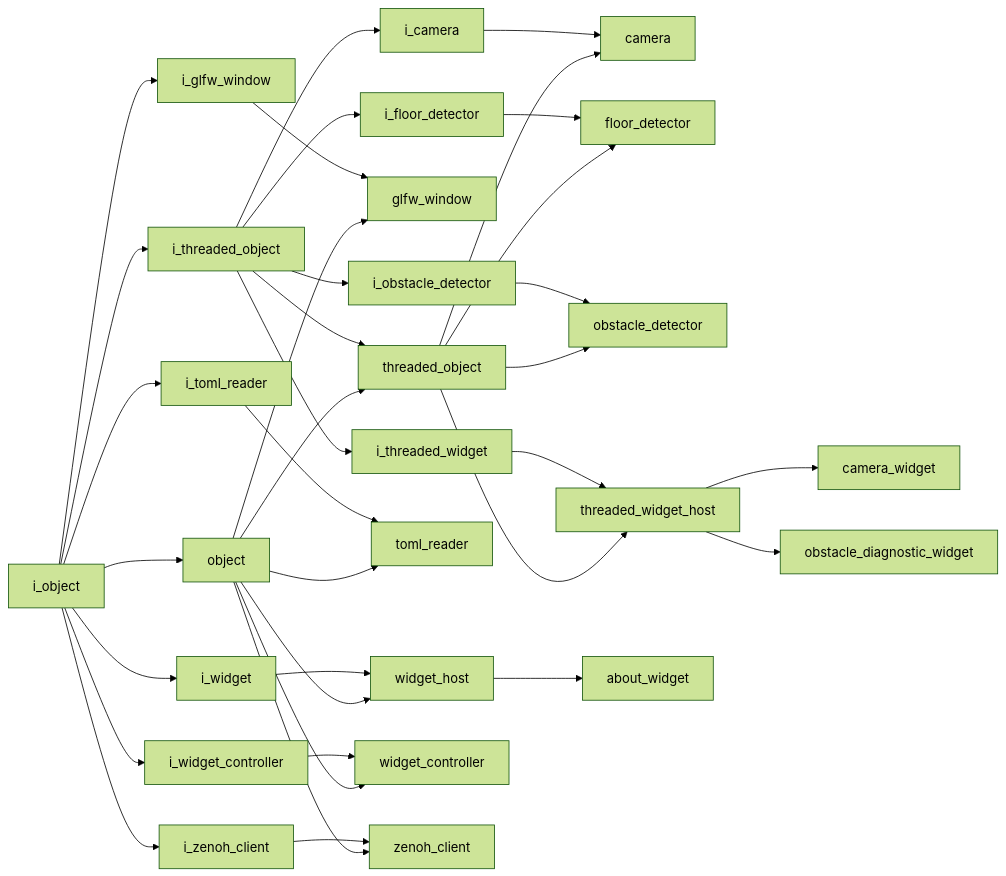
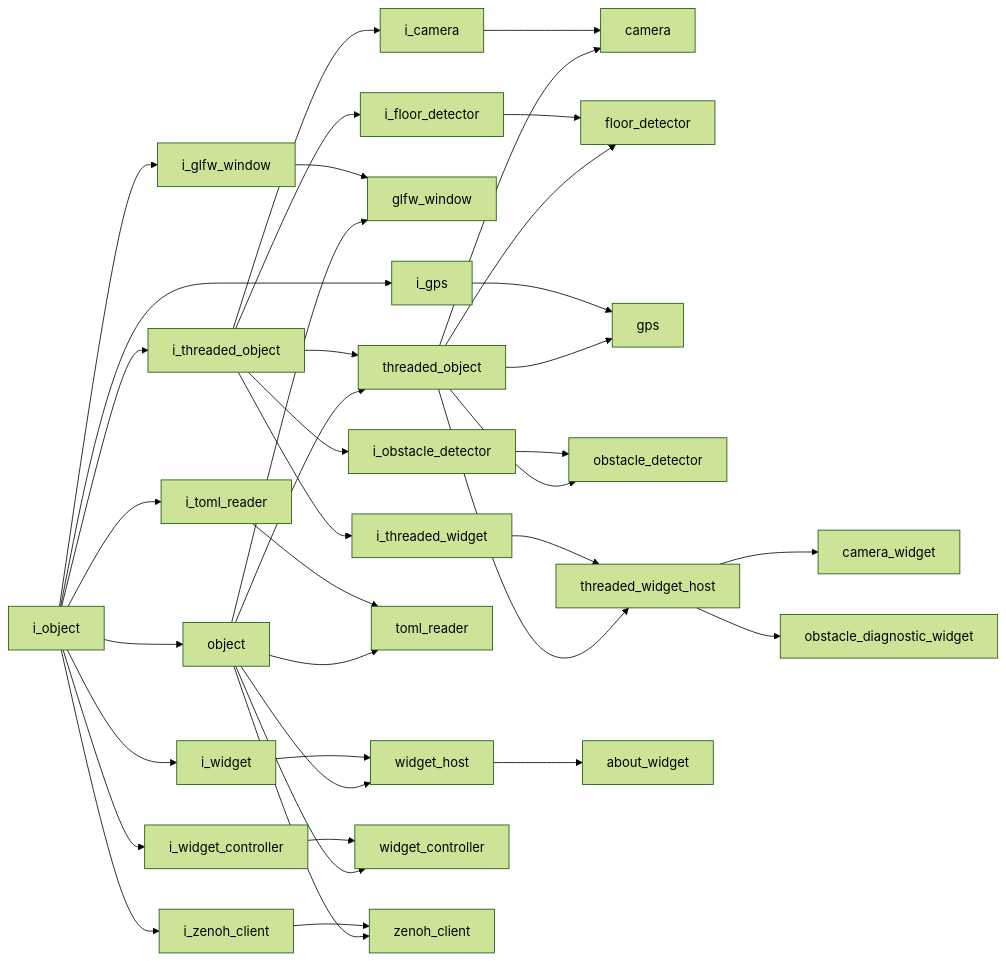
The diagram in docs/codebase/namespaces/index.md (kasper-szczerba/acs_wiki), drawn with Mermaid (forest theme) before and after one commit. The commit also changed 12 other files, not shown here.

````diff
--- a/docs/codebase/namespaces/index.md
+++ b/docs/codebase/namespaces/index.md
@@ -15,37 +15,40 @@
 ```mermaid
 graph LR
     i_camera["i_camera"] --> camera["camera"]
     i_floor_detector["i_floor_detector"] --> floor_detector["floor_detector"]
     i_glfw_window["i_glfw_window"] --> glfw_window["glfw_window"]
+    i_gps["i_gps"] --> gps["gps"]
     i_object["i_object"] --> i_glfw_window["i_glfw_window"]
+    i_object["i_object"] --> i_gps["i_gps"]
     i_object["i_object"] --> i_threaded_object["i_threaded_object"]
     i_object["i_object"] --> i_toml_reader["i_toml_reader"]
     i_object["i_object"] --> i_widget["i_widget"]
     i_object["i_object"] --> i_widget_controller["i_widget_controller"]
     i_object["i_object"] --> i_zenoh_client["i_zenoh_client"]
     i_object["i_object"] --> object["object"]
     i_obstacle_detector["i_obstacle_detector"] --> obstacle_detector["obstacle_detector"]
     i_threaded_object["i_threaded_object"] --> i_camera["i_camera"]
     i_threaded_object["i_threaded_object"] --> i_floor_detector["i_floor_detector"]
     i_threaded_object["i_threaded_object"] --> i_obstacle_detector["i_obstacle_detector"]
     i_threaded_object["i_threaded_object"] --> i_threaded_widget["i_threaded_widget"]
     i_threaded_object["i_threaded_object"] --> threaded_object["threaded_object"]
     i_threaded_widget["i_threaded_widget"] --> threaded_widget_host["threaded_widget_host"]
     i_toml_reader["i_toml_reader"] --> toml_reader["toml_reader"]
     i_widget["i_widget"] --> widget_host["widget_host"]
     i_widget_controller["i_widget_controller"] --> widget_controller["widget_controller"]
     i_zenoh_client["i_zenoh_client"] --> zenoh_client["zenoh_client"]
     object["object"] --> glfw_window["glfw_window"]
     object["object"] --> threaded_object["threaded_object"]
     object["object"] --> toml_reader["toml_reader"]
     object["object"] --> widget_controller["widget_controller"]
     object["object"] --> widget_host["widget_host"]
     object["object"] --> zenoh_client["zenoh_client"]
     threaded_object["threaded_object"] --> camera["camera"]
     threaded_object["threaded_object"] --> floor_detector["floor_detector"]
+    threaded_object["threaded_object"] --> gps["gps"]
     threaded_object["threaded_object"] --> obstacle_detector["obstacle_detector"]
     threaded_object["threaded_object"] --> threaded_widget_host["threaded_widget_host"]
     threaded_widget_host["threaded_widget_host"] --> camera_widget["camera_widget"]
     threaded_widget_host["threaded_widget_host"] --> obstacle_diagnostic_widget["obstacle_diagnostic_widget"]
     widget_host["widget_host"] --> about_widget["about_widget"]
 ```
````
